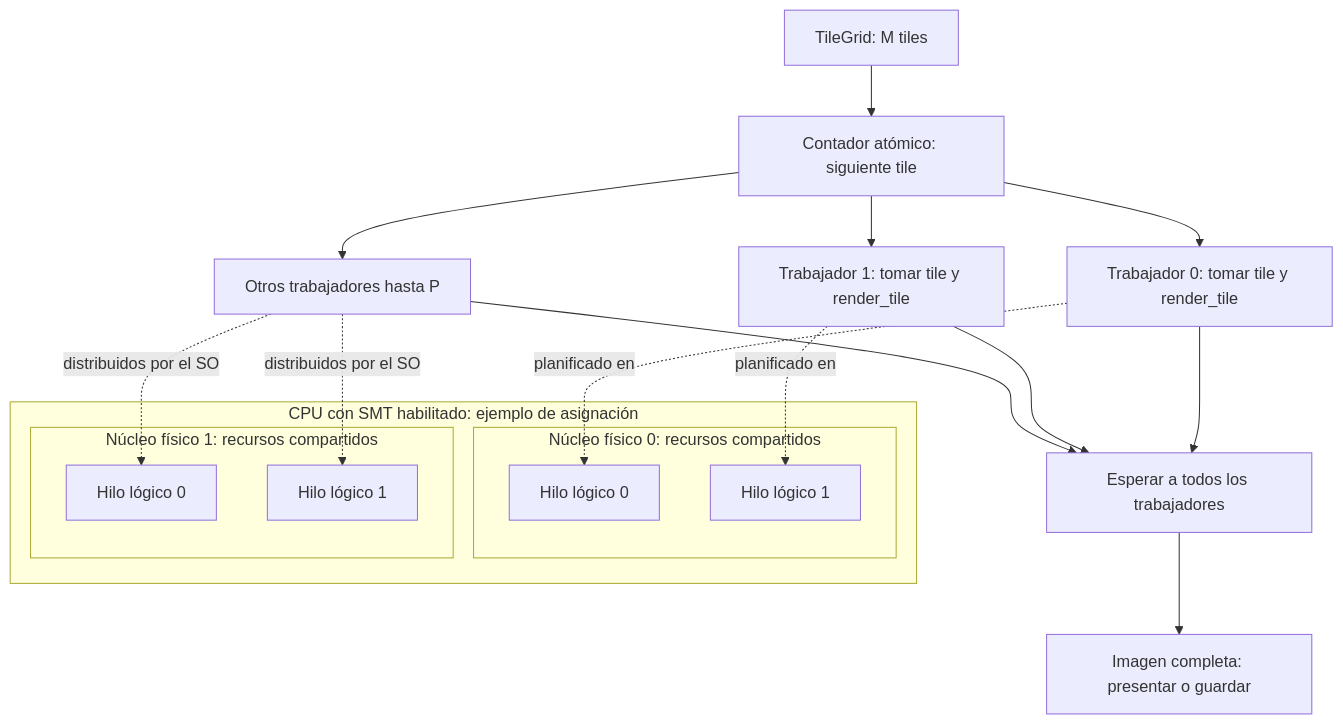
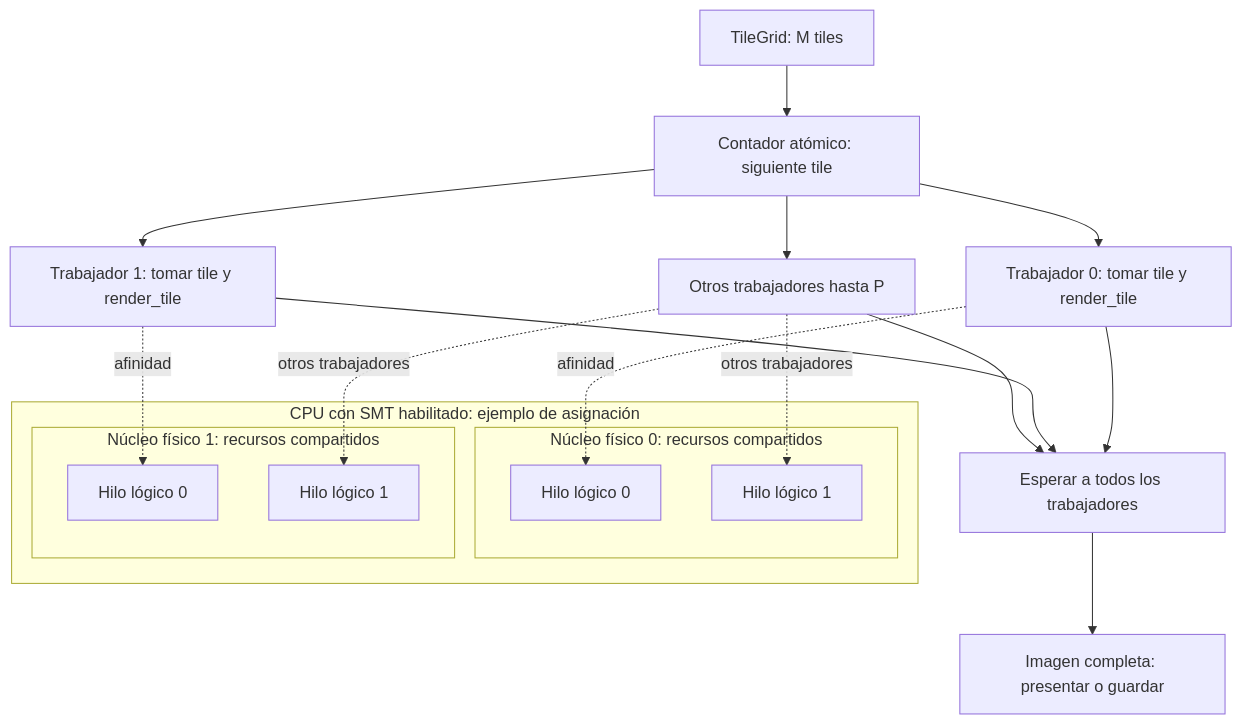
The fourth of 5 diagrams in ray tracing/docs/diseno.md (Fabbbri/fgonzalez_a2_2026_s2), drawn with Mermaid before and after one commit. The commit also changed other lines of this file and 2 other files, not shown here.

````diff
--- a/ray tracing/docs/diseno.md
+++ b/ray tracing/docs/diseno.md
@@ -153,25 +158,25 @@
 ```mermaid
 flowchart TD
     A[TileGrid: M tiles] --> B[Contador atómico: siguiente tile]
     B --> W0[Trabajador 0: tomar tile y render_tile]
     B --> W1[Trabajador 1: tomar tile y render_tile]
     B --> WP[Otros trabajadores hasta P]
     subgraph CPU[CPU con SMT habilitado: ejemplo de asignación]
         subgraph N0[Núcleo físico 0: recursos compartidos]
             L00[Hilo lógico 0]
             L01[Hilo lógico 1]
         end
         subgraph N1[Núcleo físico 1: recursos compartidos]
             L10[Hilo lógico 0]
             L11[Hilo lógico 1]
         end
     end
-    W0 -. planificado en .-> L00
-    W1 -. planificado en .-> L01
-    WP -. distribuidos por el SO .-> L10
-    WP -. distribuidos por el SO .-> L11
+    W0 -. afinidad .-> L00
+    W1 -. afinidad .-> L10
+    WP -. otros trabajadores .-> L01
+    WP -. otros trabajadores .-> L11
     W0 --> F[Esperar a todos los trabajadores]
     W1 --> F
     WP --> F
     F --> G[Imagen completa: presentar o guardar]
 ```
````
